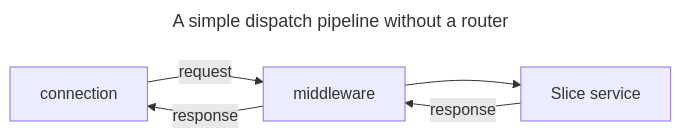
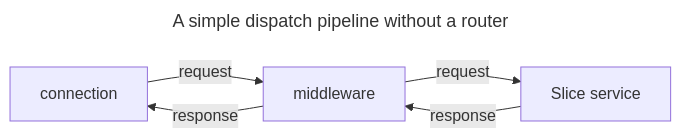
The diagram in pages/docs/icerpc-core/dispatch/dispatch-pipeline.md (icerpc/icerpc-docs), drawn with Mermaid before and after one commit. The commit also changed other lines of this file and 9 other files, not shown here.

````diff
--- a/pages/docs/icerpc-core/dispatch/dispatch-pipeline.md
+++ b/pages/docs/icerpc-core/dispatch/dispatch-pipeline.md
@@ -78,8 +81,8 @@
 ```mermaid
 ---
 title: A simple dispatch pipeline without a router
 ---
 flowchart LR
-    connection -- request --> middleware --> service[Slice service]
+    connection -- request --> middleware -- request --> service[Slice service]
     service -- response --> middleware -- response --> connection
 ```
````
